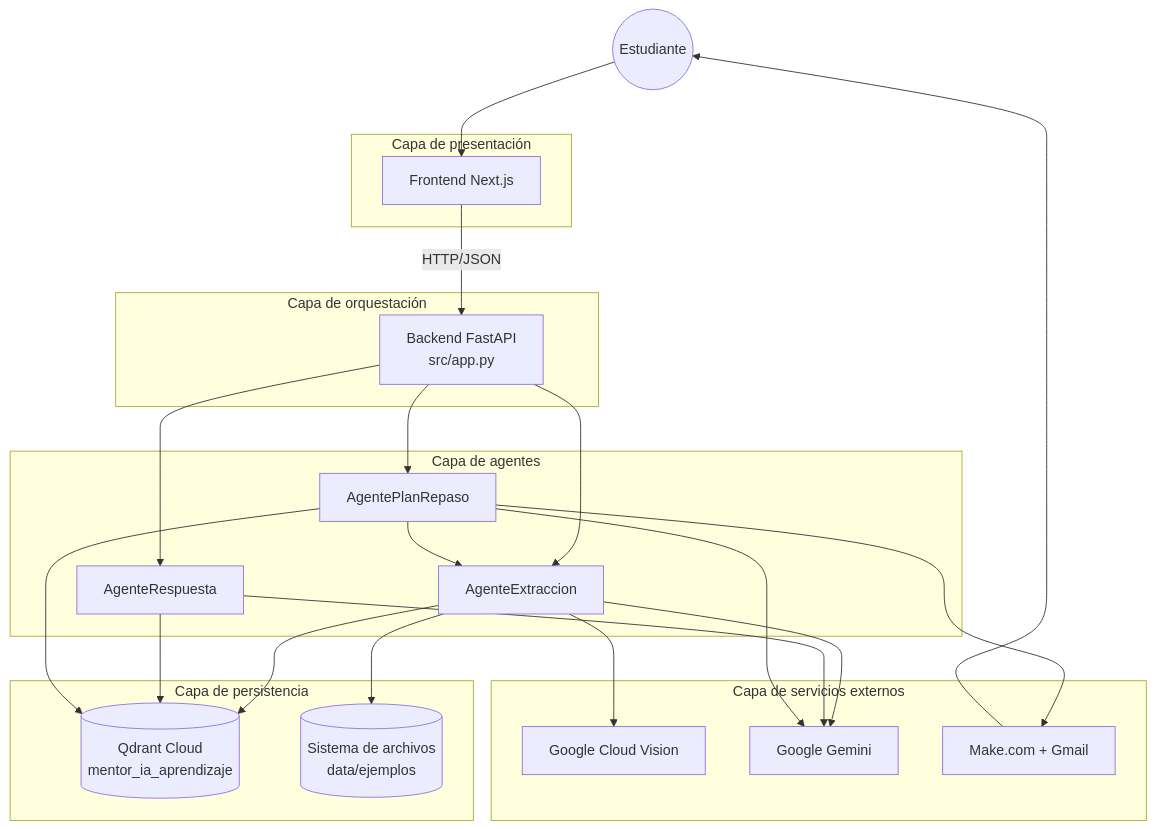
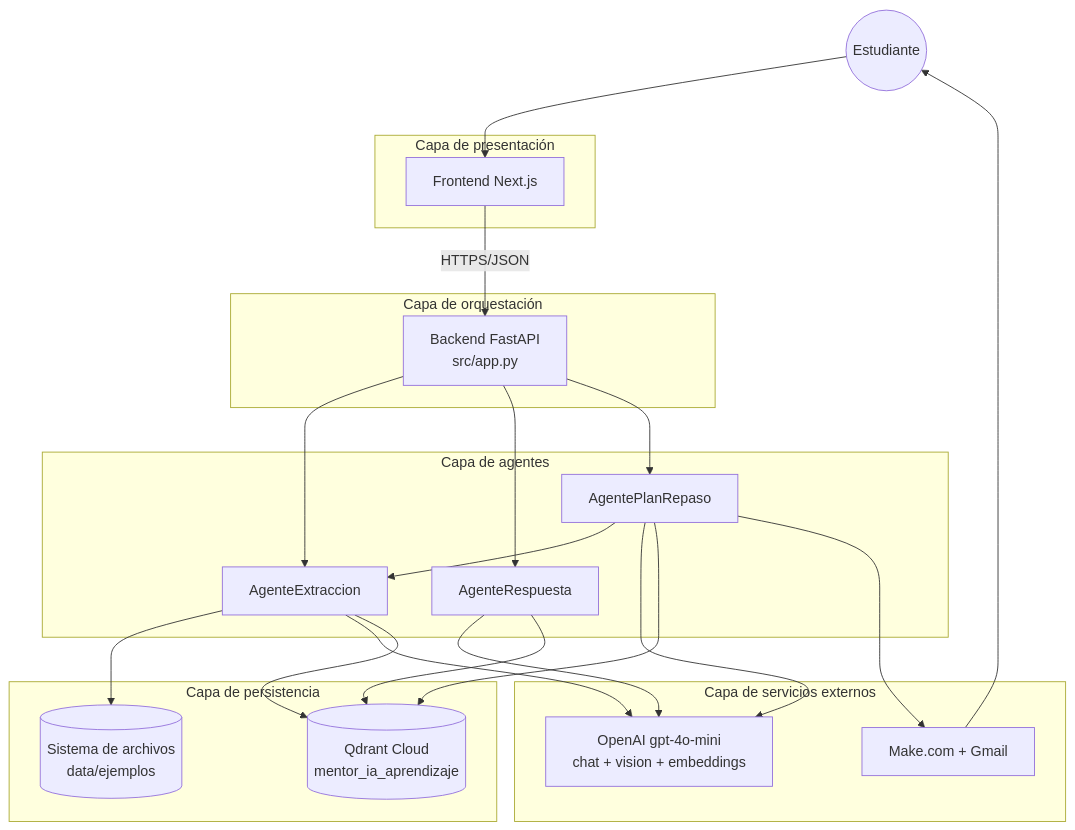
The first of 4 diagrams in docs/academic/Arquitectura_Multiagente.md (imlozano/mentor-ia-v2), drawn with Mermaid before and after one commit. The commit also changed other lines of this file and 6 other files, not shown here.

````diff
--- a/docs/academic/Arquitectura_Multiagente.md
+++ b/docs/academic/Arquitectura_Multiagente.md
@@ -210,51 +212,49 @@
 ```mermaid
 flowchart TB
     User((Estudiante))
 
     subgraph FrontendLayer["Capa de presentación"]
         FE[Frontend Next.js]
     end
 
     subgraph OrchestrationLayer["Capa de orquestación"]
         BE[Backend FastAPI<br/>src/app.py]
     end
 
     subgraph AgentLayer["Capa de agentes"]
         AE[AgenteExtraccion]
         AR[AgenteRespuesta]
         APR[AgentePlanRepaso]
     end
 
     subgraph PersistenceLayer["Capa de persistencia"]
         QD[(Qdrant Cloud<br/>mentor_ia_aprendizaje)]
         FS[(Sistema de archivos<br/>data/ejemplos)]
     end
 
     subgraph ExternalLayer["Capa de servicios externos"]
-        GV[Google Cloud Vision]
-        GE[Google Gemini]
+        OAI[OpenAI gpt-4o-mini<br/>chat + vision + embeddings]
         MK[Make.com + Gmail]
     end
 
     User --> FE
-    FE -->|HTTP/JSON| BE
+    FE -->|HTTPS/JSON| BE
 
     BE --> AE
     BE --> AR
     BE --> APR
 
     AE --> FS
-    AE --> GV
-    AE --> GE
+    AE --> OAI
     AE --> QD
 
-    AR --> GE
+    AR --> OAI
     AR --> QD
 
     APR --> AE
-    APR --> GE
+    APR --> OAI
     APR --> QD
     APR --> MK
 
     MK --> User
 ```
````
